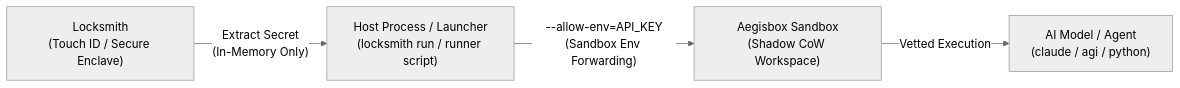
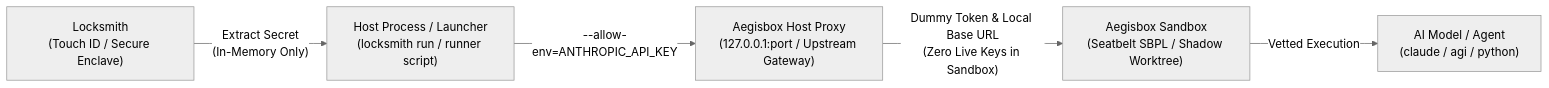
The diagram in README.md (bonjoski/aegisbox), drawn with Mermaid (neutral theme) before and after one commit. The commit also changed other lines of this file and 7 other files, not shown here.

Commit message:
feat(security): add loopback LLM credential proxy and macOS Seatbelt sandbox containment

````diff
--- a/README.md
+++ b/README.md
@@ -283,6 +283,7 @@
 ```mermaid
 flowchart LR
     A["Locksmith\n(Touch ID / Secure Enclave)"] -->|"Extract Secret\n(In-Memory Only)"| B["Host Process / Launcher\n(locksmith run / runner script)"]
-    B -->|"--allow-env=API_KEY\n(Sandbox Env Forwarding)"| C["Aegisbox Sandbox\n(Shadow CoW Workspace)"]
-    C -->|"Vetted Execution"| D["AI Model / Agent\n(claude / agi / python)"]
+    B -->|"--allow-env=ANTHROPIC_API_KEY"| C["Aegisbox Host Proxy\n(127.0.0.1:port / Upstream Gateway)"]
+    C -->|"Dummy Token & Local Base URL\n(Zero Live Keys in Sandbox)"| D["Aegisbox Sandbox\n(Seatbelt SBPL / Shadow Worktree)"]
+    D -->|"Vetted Execution"| E["AI Model / Agent\n(claude / agi / python)"]
 ```
````
